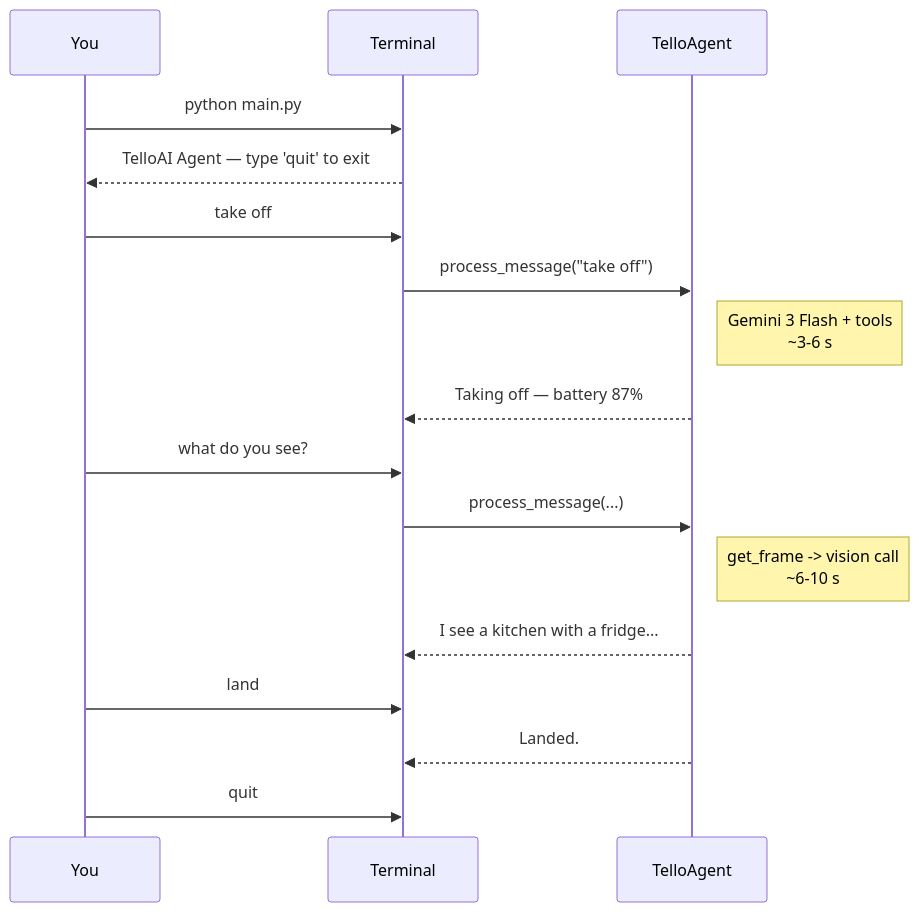
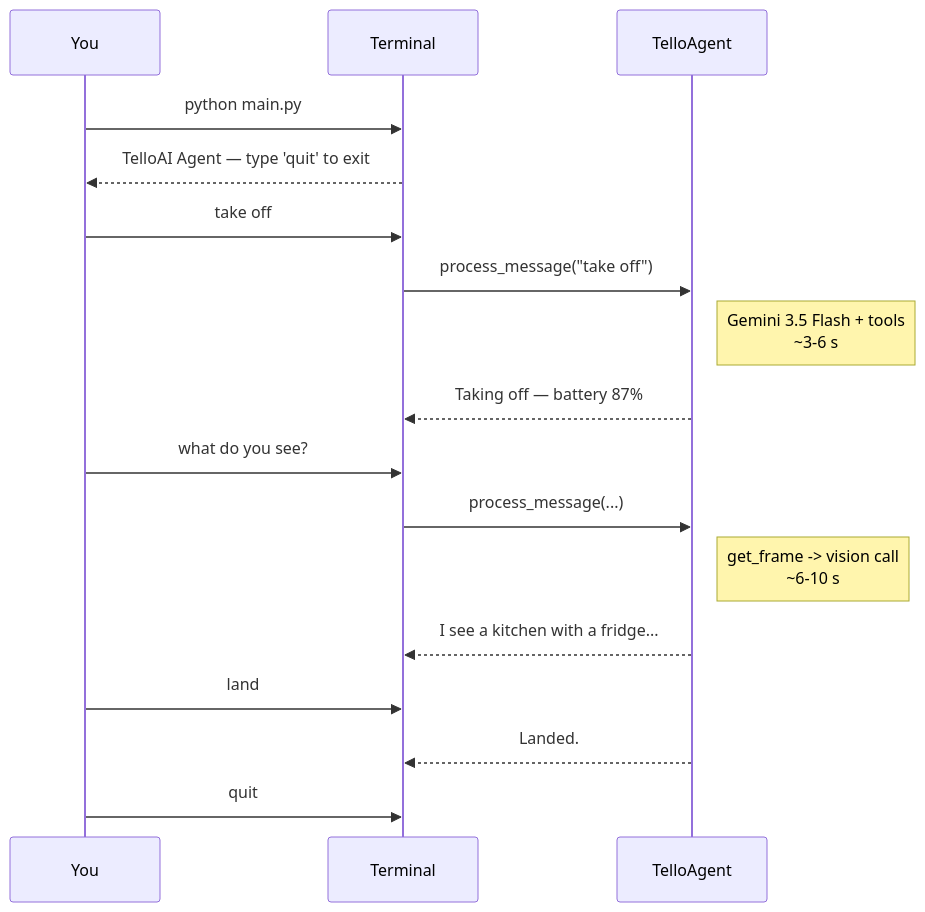
Before and after one commit to AyushRajgor/Tello-autonomous: the second of 5 diagrams in docs/user-flows.md, drawn with Mermaid. The commit also changed other lines of this file and 67 other files, not shown here.

````diff
--- a/docs/user-flows.md
+++ b/docs/user-flows.md
@@ -55,19 +55,19 @@
 ```mermaid
 sequenceDiagram
     participant U as You
     participant T as Terminal
     participant Ag as TelloAgent
     U->>T: python main.py
     T-->>U: TelloAI Agent — type 'quit' to exit
     U->>T: take off
     T->>Ag: process_message("take off")
-    Note right of Ag: Gemini 3 Flash + tools<br/>~3-6 s
+    Note right of Ag: Gemini 3.5 Flash + tools<br/>~3-6 s
     Ag-->>T: Taking off — battery 87%
     U->>T: what do you see?
     T->>Ag: process_message(...)
     Note right of Ag: get_frame -> vision call<br/>~6-10 s
     Ag-->>T: I see a kitchen with a fridge...
     U->>T: land
     Ag-->>T: Landed.
     U->>T: quit
 ```
````
